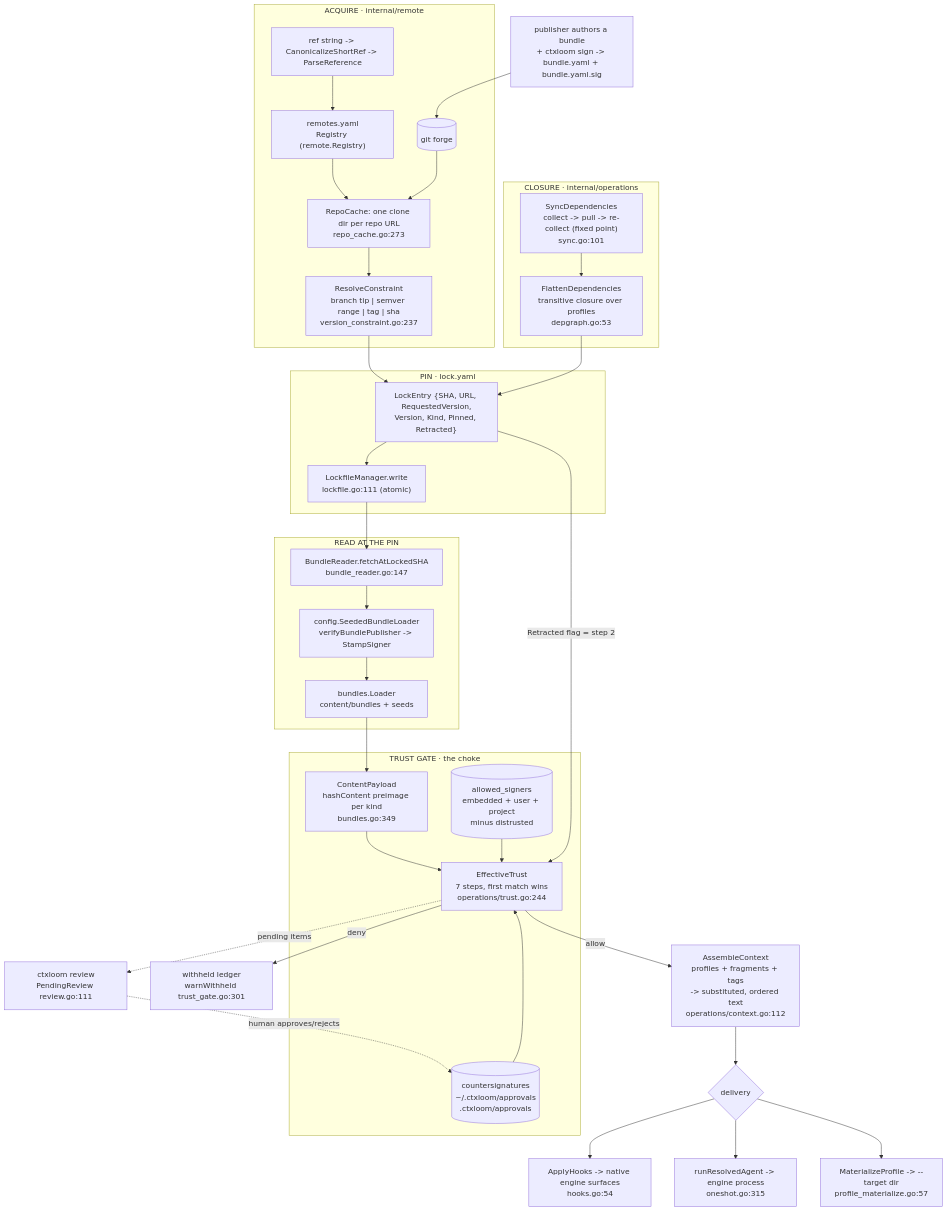
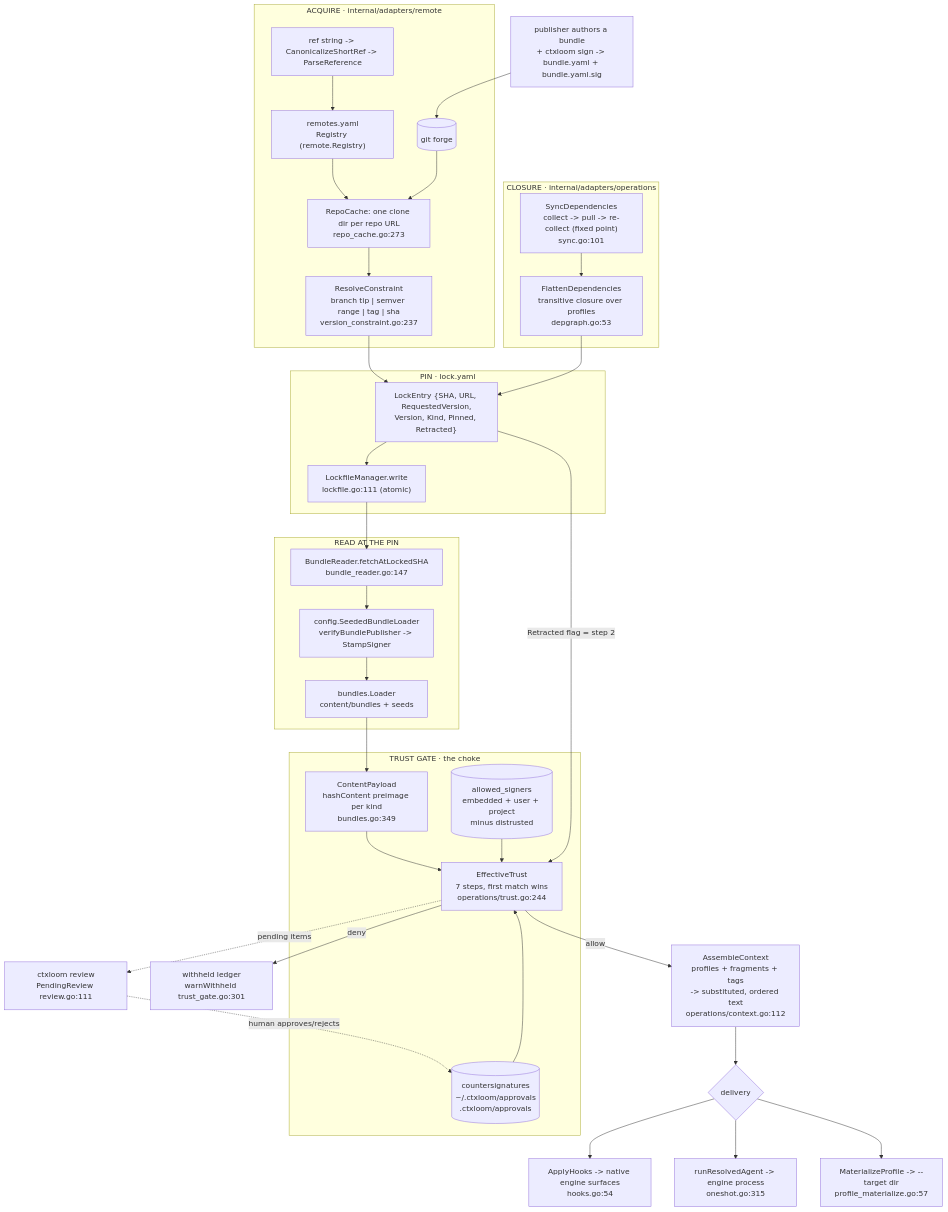
The diagram in docs/architecture/core/README.md (ctxloom/ctxloom), drawn with Mermaid before and after one commit. The commit also changed other lines of this file and 2489 other files, not shown here.

First line of the commit message:
refactor(arch): move the adapters ring into internal/adapters

````diff
--- a/docs/architecture/core/README.md
+++ b/docs/architecture/core/README.md
@@ -31,56 +31,56 @@
 ```mermaid
 flowchart TD
     AUTHOR["publisher authors a bundle<br/>+ ctxloom sign -> bundle.yaml + bundle.yaml.sig"]
     AUTHOR --> FORGE[("git forge")]
 
-    subgraph acquire["ACQUIRE · internal/remote"]
+    subgraph acquire["ACQUIRE · internal/adapters/remote"]
         REG["remotes.yaml<br/>Registry (remote.Registry)"]
         REF["ref string -> CanonicalizeShortRef -> ParseReference"]
         CACHE["RepoCache: one clone dir per repo URL<br/>repo_cache.go:273"]
         RESOLVE["ResolveConstraint<br/>branch tip | semver range | tag | sha<br/>version_constraint.go:237"]
         REF --> REG --> CACHE
         FORGE --> CACHE
         CACHE --> RESOLVE
     end
 
     subgraph pin["PIN · lock.yaml"]
         LOCK["LockEntry {SHA, URL, RequestedVersion,<br/>Version, Kind, Pinned, Retracted}"]
         WRITE["LockfileManager.write<br/>lockfile.go:111 (atomic)"]
         RESOLVE --> LOCK --> WRITE
     end
 
-    subgraph closure["CLOSURE · internal/operations"]
+    subgraph closure["CLOSURE · internal/adapters/operations"]
         SYNC["SyncDependencies<br/>collect -> pull -> re-collect (fixed point)<br/>sync.go:101"]
         FLAT["FlattenDependencies<br/>transitive closure over profiles<br/>depgraph.go:53"]
         SYNC --> FLAT --> LOCK
     end
 
     subgraph read["READ AT THE PIN"]
         BR["BundleReader.fetchAtLockedSHA<br/>bundle_reader.go:147"]
         SEED["config.SeededBundleLoader<br/>verifyBundlePublisher -> StampSigner"]
         LOADER["bundles.Loader<br/>content/bundles + seeds"]
         WRITE --> BR --> SEED --> LOADER
     end
 
     subgraph gate["TRUST GATE · the choke"]
         PAY["ContentPayload<br/>hashContent preimage per kind<br/>bundles.go:349"]
         ET["EffectiveTrust<br/>7 steps, first match wins<br/>operations/trust.go:244"]
         RECS[("countersignatures<br/>~/.ctxloom/approvals<br/>.ctxloom/approvals")]
         ROOT[("allowed_signers<br/>embedded + user + project<br/>minus distrusted")]
         LOADER --> PAY --> ET
         RECS --> ET
         ROOT --> ET
         LOCK -->|"Retracted flag = step 2"| ET
     end
 
     ET -->|deny| HELD["withheld ledger<br/>warnWithheld trust_gate.go:301"]
     ET -->|allow| ASM["AssembleContext<br/>profiles + fragments + tags<br/>-> substituted, ordered text<br/>operations/context.go:112"]
 
     ASM --> DELIVER{"delivery"}
     DELIVER --> APPLY["ApplyHooks -> native engine surfaces<br/>hooks.go:54"]
     DELIVER --> RUN["runResolvedAgent -> engine process<br/>oneshot.go:315"]
     DELIVER --> MAT["MaterializeProfile -> --target dir<br/>profile_materialize.go:57"]
 
     REVIEW["ctxloom review<br/>PendingReview review.go:111"] -.->|"human approves/rejects"| RECS
     ET -.->|"pending items"| REVIEW
 ```
````
